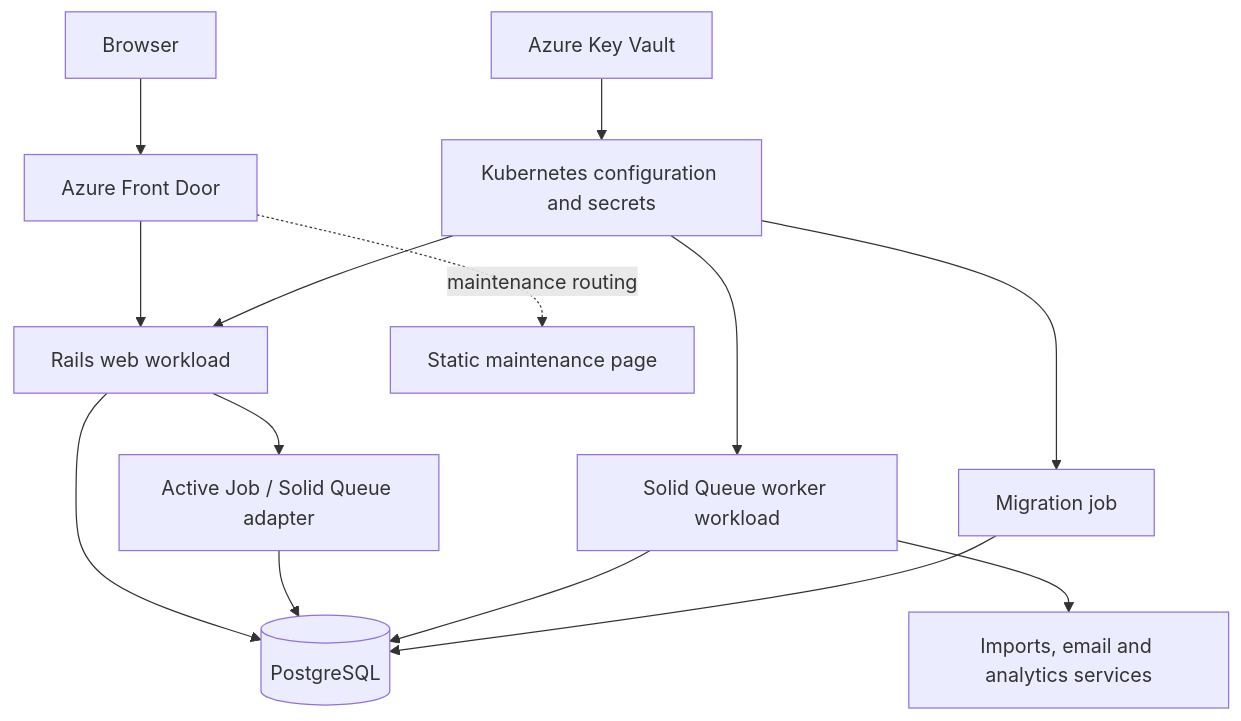
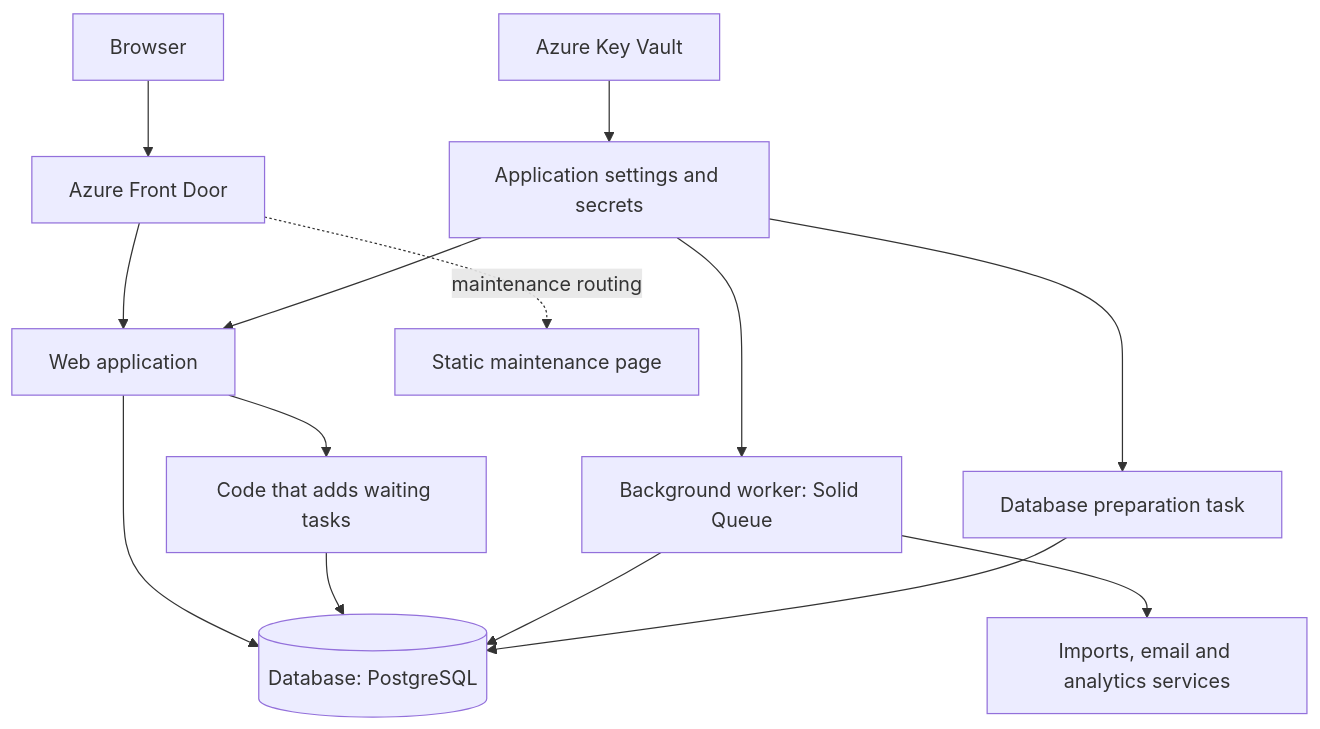
Before and after one commit to DFE-Digital/find-placement-schools: the second of 2 diagrams in docs/architecture.md, drawn with Mermaid. The commit also changed other lines of this file and 15 other files, not shown here.

````diff
--- a/docs/architecture.md
+++ b/docs/architecture.md
@@ -33,16 +52,16 @@
 ```mermaid
 flowchart TB
   Browser[Browser] --> Edge[Azure Front Door]
-  Edge --> Web[Rails web workload]
+  Edge --> Web[Web application]
   Edge -. maintenance routing .-> Maintenance[Static maintenance page]
-  Web --> DB[(PostgreSQL)]
-  Web --> Queue[Active Job / Solid Queue adapter]
+  Web --> DB[(Database: PostgreSQL)]
+  Web --> Queue[Code that adds waiting tasks]
   Queue --> DB
-  Worker[Solid Queue worker workload] --> DB
+  Worker[Background worker: Solid Queue] --> DB
   Worker --> External[Imports, email and analytics services]
-  Migration[Migration job] --> DB
-  Vault[Azure Key Vault] --> Config[Kubernetes configuration and secrets]
+  Migration[Database preparation task] --> DB
+  Vault[Azure Key Vault] --> Config[Application settings and secrets]
   Config --> Web
   Config --> Worker
   Config --> Migration
 ```
````
